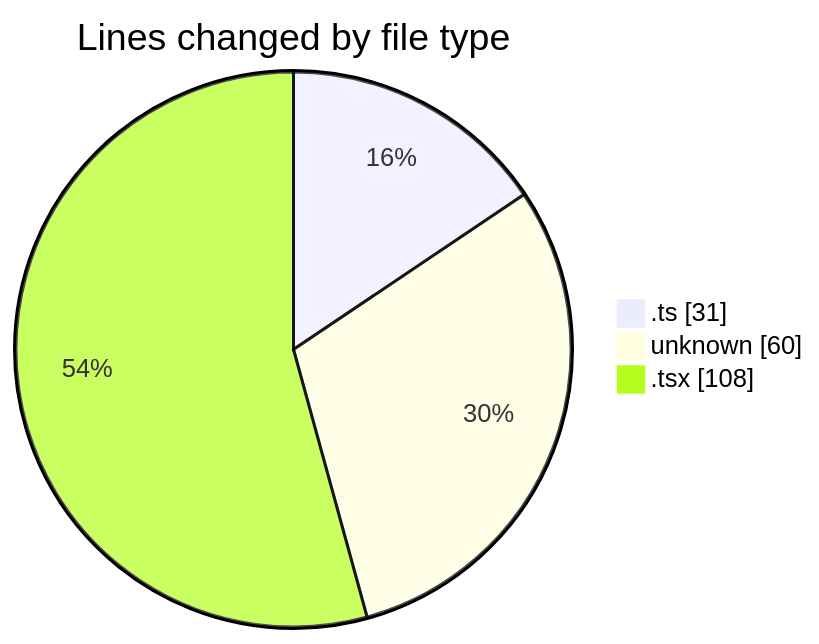
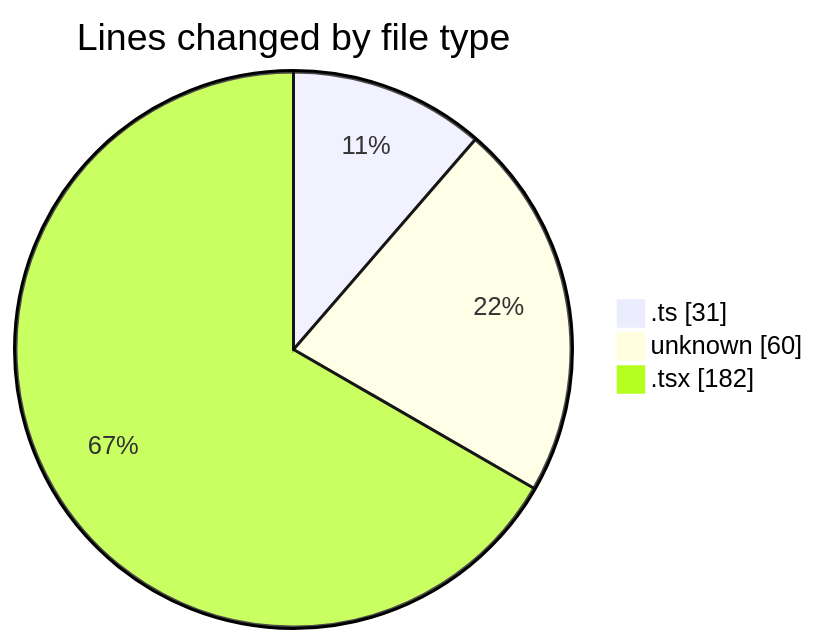
The first of 2 diagrams in 2026-06-12/cda/README.md (momahboobian/code-tracking), drawn with Mermaid before and after one commit. The commit also changed other lines of this file and 1 other file, not shown here.

````diff
--- a/2026-06-12/cda/README.md
+++ b/2026-06-12/cda/README.md
@@ -24,7 +24,7 @@
 ```mermaid
 pie showData
 title Lines changed by file type
 ".ts" : 31
 "unknown" : 60
-".tsx" : 108
+".tsx" : 182
 ```
````
